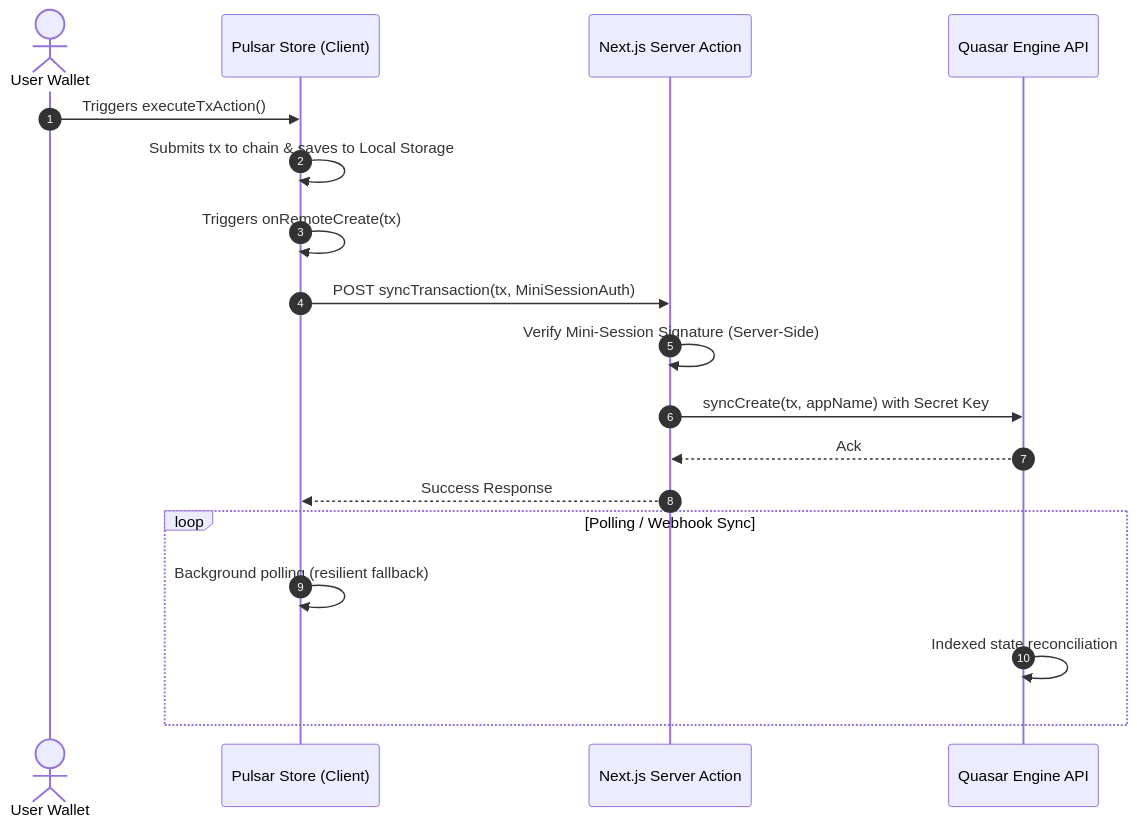
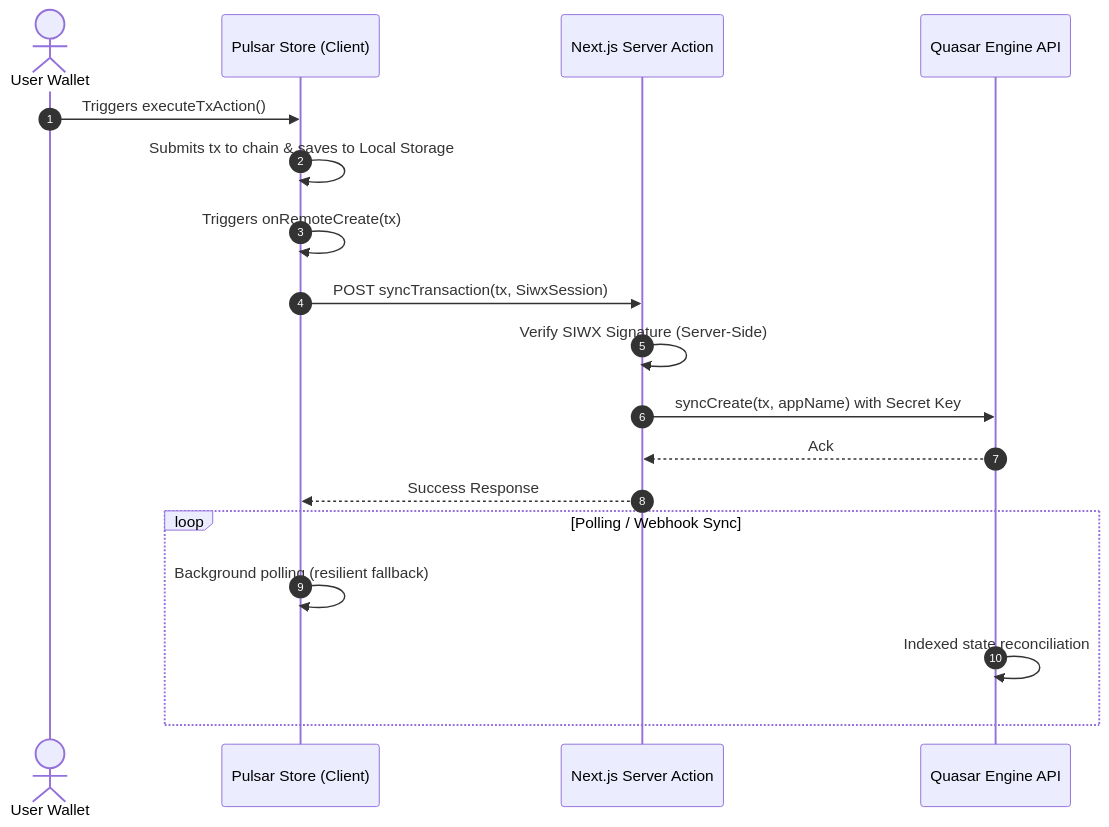
One commit to TuwaIO/pulsar-core changed the diagram in apps/docs/src/content/quasarIntegration.mdx. Above: the diagram before and after it, drawn with Mermaid. The commit also changed other lines of this file and 91 other files, not shown here.

````diff
--- a/apps/docs/src/content/quasarIntegration.mdx
+++ b/apps/docs/src/content/quasarIntegration.mdx
@@ -18,21 +18,21 @@
 ```mermaid
 sequenceDiagram
     autonumber
     actor User as User Wallet
     participant Client as Pulsar Store (Client)
     participant Action as Next.js Server Action
     participant Quasar as Quasar Engine API
 
     User->>Client: Triggers executeTxAction()
     Client->>Client: Submits tx to chain & saves to Local Storage
     Client->>Client: Triggers onRemoteCreate(tx)
-    Client->>Action: POST syncTransaction(tx, MiniSessionAuth)
-    Action->>Action: Verify Mini-Session Signature (Server-Side)
+    Client->>Action: POST syncTransaction(tx, SiwxSession)
+    Action->>Action: Verify SIWX Signature (Server-Side)
     Action->>Quasar: syncCreate(tx, appName) with Secret Key
     Quasar-->>Action: Ack
     Action-->>Client: Success Response
     loop Polling / Webhook Sync
         Client->>Client: Background polling (resilient fallback)
         Quasar->>Quasar: Indexed state reconciliation
     end
 ```
````
